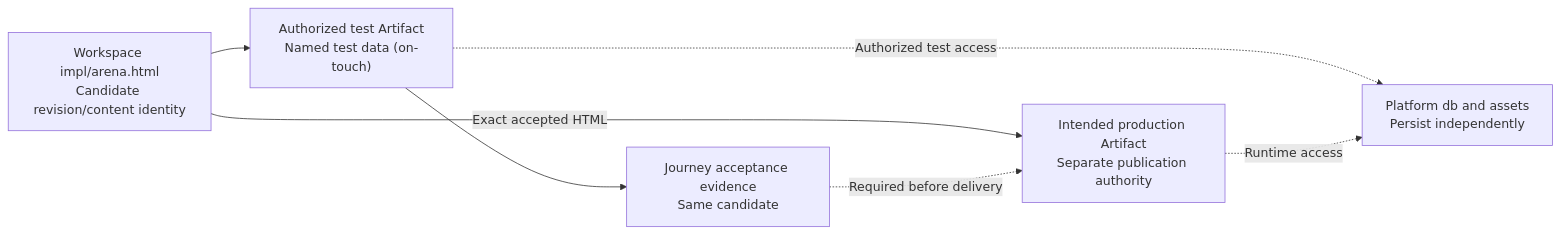
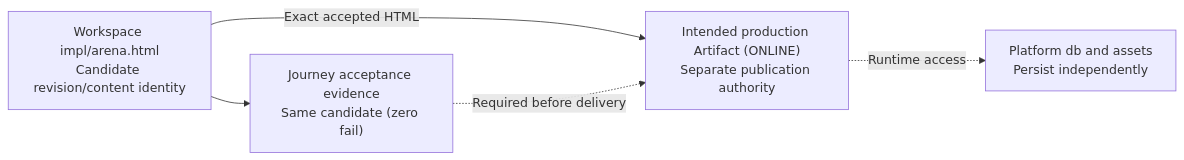
One commit to lengthlong/exercise_arena changed the diagram in model/operate/deploy/SPEC.md. Above: the diagram before and after it, drawn with Mermaid. The commit also changed other lines of this file and 4 other files, not shown here.

````diff
--- a/model/operate/deploy/SPEC.md
+++ b/model/operate/deploy/SPEC.md
@@ -9,14 +9,11 @@
 ```mermaid
 flowchart LR
     S["Workspace impl/arena.html<br/>Candidate revision/content identity"]
-    T["Authorized test Artifact<br/>Named test data (on-touch)"]
-    A["Journey acceptance evidence<br/>Same candidate"]
-    P["Intended production Artifact<br/>Separate publication authority"]
-    S --> T
-    T --> A
+    A["Journey acceptance evidence<br/>Same candidate (zero fail)"]
+    P["Intended production Artifact (ONLINE)<br/>Separate publication authority"]
+    S --> A
     S -->|Exact accepted HTML| P
     A -. Required before delivery .-> P
     DB["Platform db and assets<br/>Persist independently"]
-    T -. Authorized test access .-> DB
     P -. Runtime access .-> DB
 ```
````
